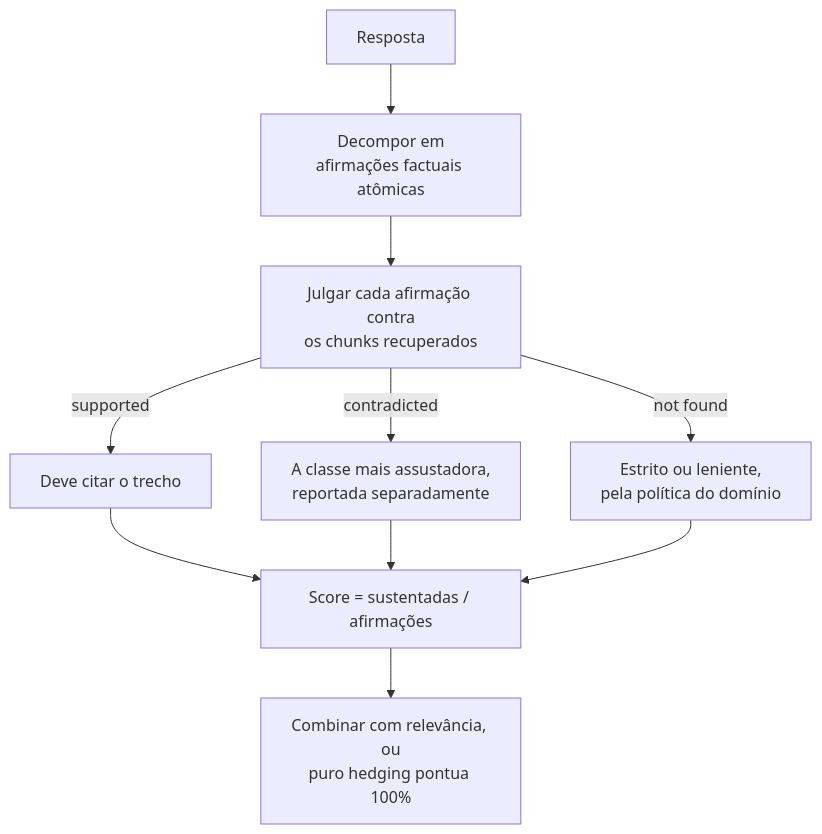
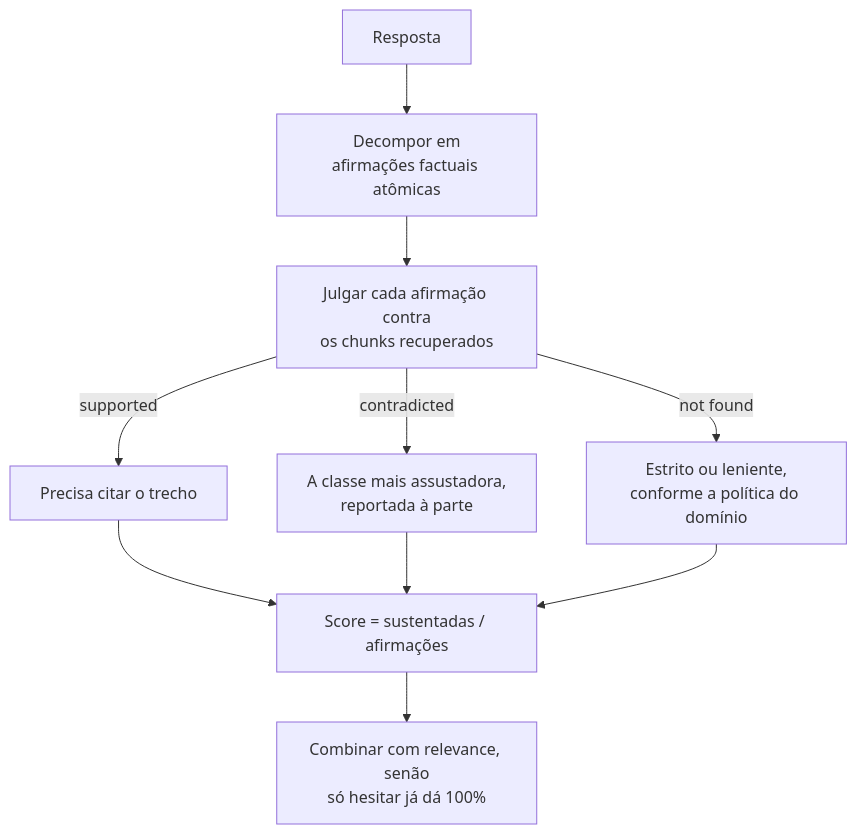
One commit to andrevberaldo/AI-Engineer-Interview-Questions changed diagram 11 of 28 in 07-evaluation-and-observability/questions.pt-BR.md. Above: the diagram before and after it, drawn with Mermaid. The commit also changed other lines of this file and 1 other file, not shown here.

````diff
--- a/07-evaluation-and-observability/questions.pt-BR.md
+++ b/07-evaluation-and-observability/questions.pt-BR.md
@@ -627,12 +627,12 @@
 ```mermaid
 flowchart TD
     A["Resposta"] --> D["Decompor em<br/>afirmações factuais atômicas"]
     D --> V["Julgar cada afirmação contra<br/>os chunks recuperados"]
-    V -->|"supported"| S["Deve citar o trecho"]
-    V -->|"contradicted"| X["A classe mais assustadora,<br/>reportada separadamente"]
-    V -->|"not found"| N["Estrito ou leniente,<br/>pela política do domínio"]
+    V -->|"supported"| S["Precisa citar o trecho"]
+    V -->|"contradicted"| X["A classe mais assustadora,<br/>reportada à parte"]
+    V -->|"not found"| N["Estrito ou leniente,<br/>conforme a política do domínio"]
     S --> F["Score = sustentadas / afirmações"]
     X --> F
     N --> F
-    F --> R["Combinar com relevância, ou<br/>puro hedging pontua 100%"]
+    F --> R["Combinar com relevance, senão<br/>só hesitar já dá 100%"]
 ```
````
